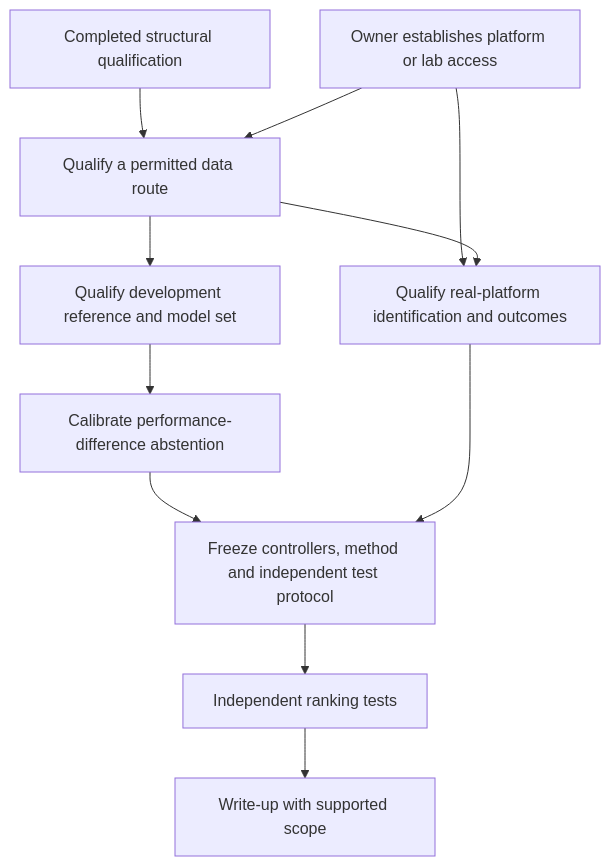
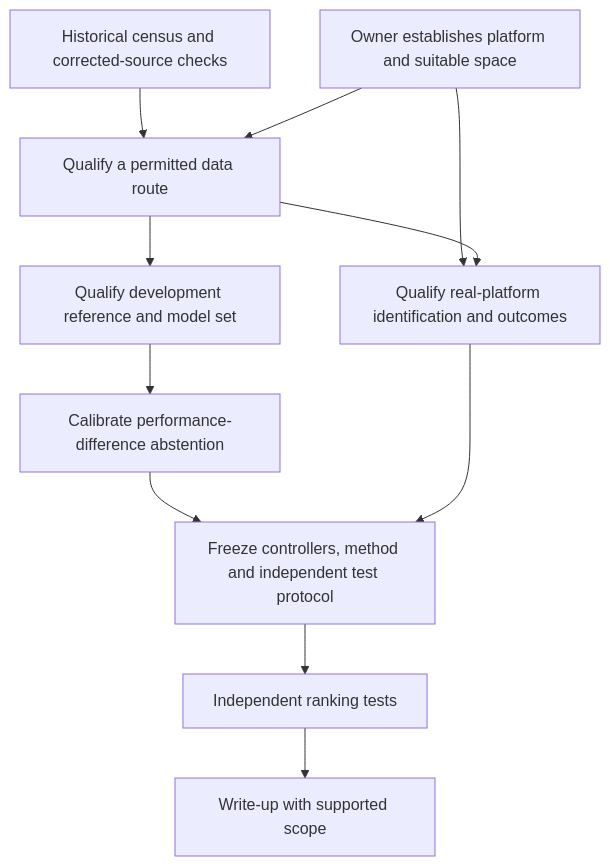
Before and after one commit to 500ft/sim-to-real-controller-ranking: the diagram in ROADMAP.md, drawn with Mermaid. The commit also changed other lines of this file and 3 other files, not shown here.

````diff
--- a/ROADMAP.md
+++ b/ROADMAP.md
@@ -41,13 +47,13 @@
 ```mermaid
 flowchart TD
-    Q[Completed structural qualification] --> D[Qualify a permitted data route]
+    Q[Historical census and corrected-source checks] --> D[Qualify a permitted data route]
     D --> R[Qualify development reference and model set]
     R --> A[Calibrate performance-difference abstention]
-    P[Owner establishes platform or lab access] --> I[Qualify real-platform identification and outcomes]
+    P[Owner establishes platform and suitable space] --> I[Qualify real-platform identification and outcomes]
     P --> D
     D --> I
     A --> F[Freeze controllers, method and independent test protocol]
     I --> F
     F --> T[Independent ranking tests]
     T --> W[Write-up with supported scope]
 ```
````
